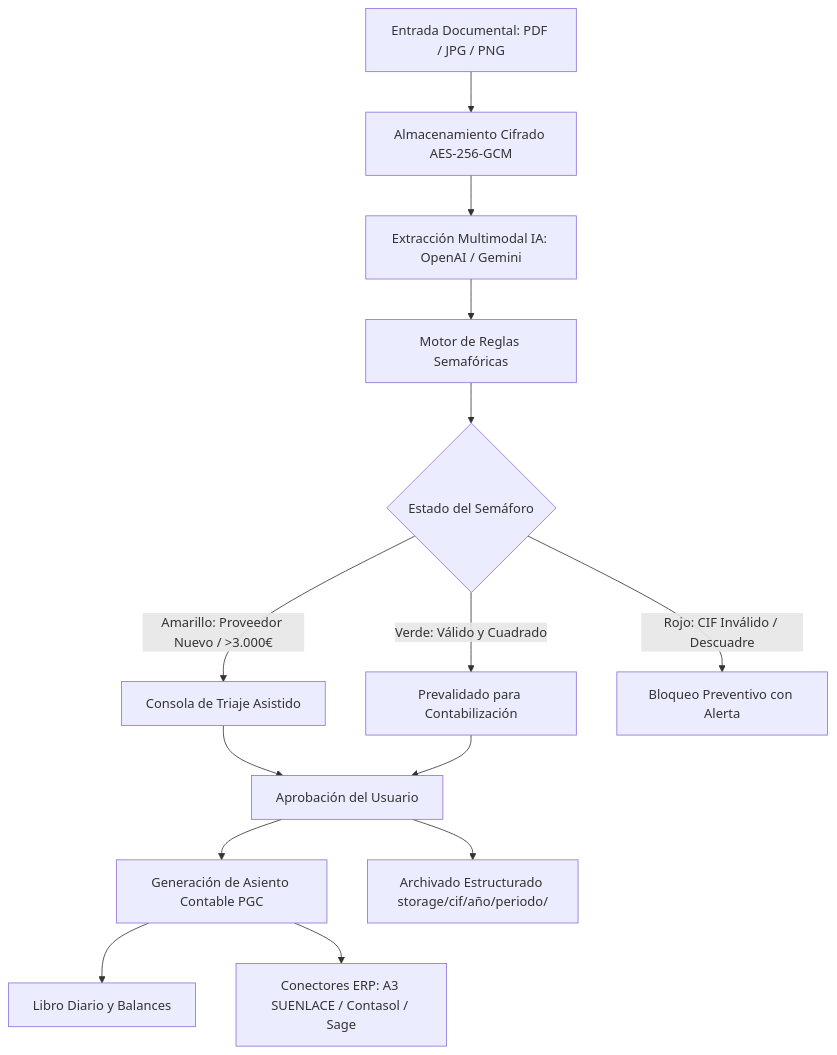
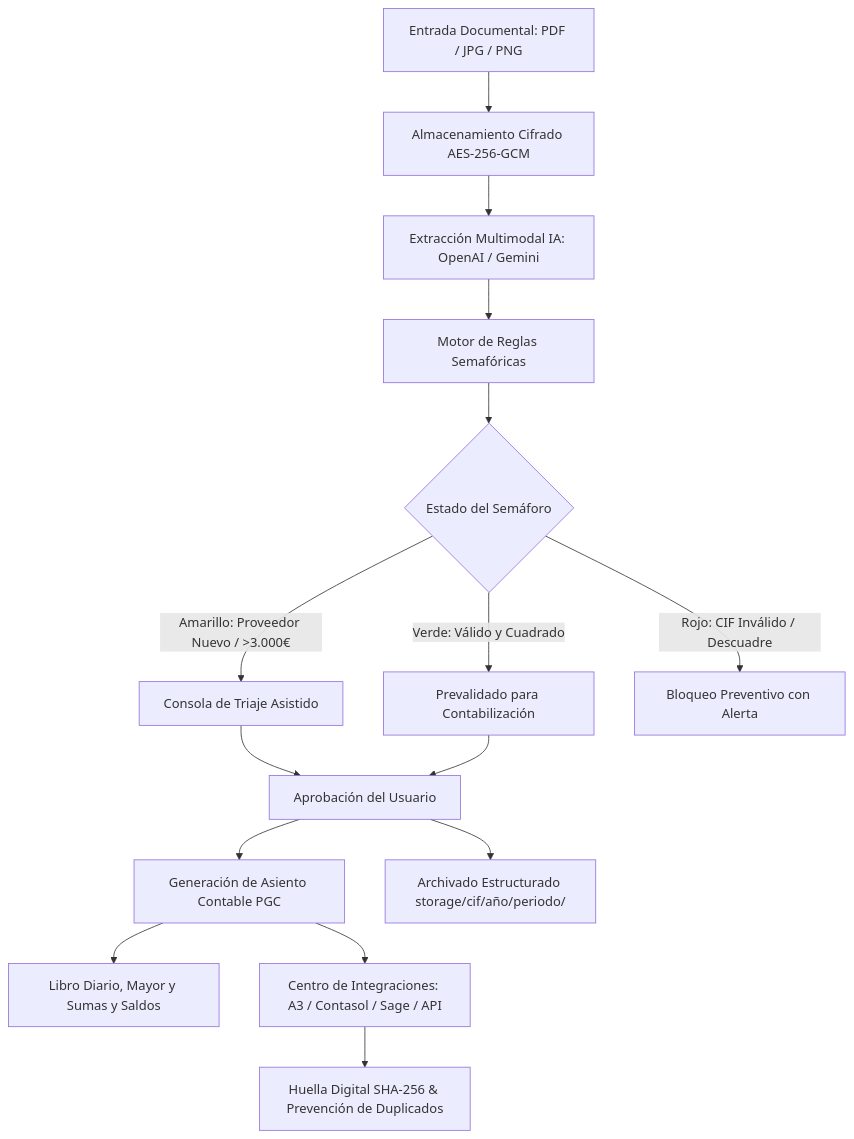
The diagram in docs/ARCHITECTURE.md (AdrianMorant/app_asesorias), drawn with Mermaid before and after one commit. The commit also changed other lines of this file and 16 other files, not shown here.

Commit message:
feat(fases-2-3): implementacion completa y verificada de contabilidad general (diario, mayor, sumas y saldos, cierre cta 129) y centro de integraciones contables con huella sha-256 e idempotencia

````diff
--- a/docs/ARCHITECTURE.md
+++ b/docs/ARCHITECTURE.md
@@ -12,16 +12,17 @@
 ```mermaid
 graph TD
     A[Entrada Documental: PDF / JPG / PNG] --> B[Almacenamiento Cifrado AES-256-GCM]
     B --> C[Extracción Multimodal IA: OpenAI / Gemini]
     C --> D[Motor de Reglas Semafóricas]
     D --> E{Estado del Semáforo}
     E -->|Verde: Válido y Cuadrado| F[Prevalidado para Contabilización]
     E -->|Amarillo: Proveedor Nuevo / >3.000€| G[Consola de Triaje Asistido]
     E -->|Rojo: CIF Inválido / Descuadre| H[Bloqueo Preventivo con Alerta]
     G --> I[Aprobación del Usuario]
     F --> I
     I --> J[Generación de Asiento Contable PGC]
     I --> K[Archivado Estructurado storage/cif/año/periodo/]
-    J --> L[Libro Diario y Balances]
-    J --> M[Conectores ERP: A3 SUENLACE / Contasol / Sage]
+    J --> L[Libro Diario, Mayor y Sumas y Saldos]
+    J --> M[Centro de Integraciones: A3 / Contasol / Sage / API]
+    M --> N[Huella Digital SHA-256 & Prevención de Duplicados]
 ```
````
